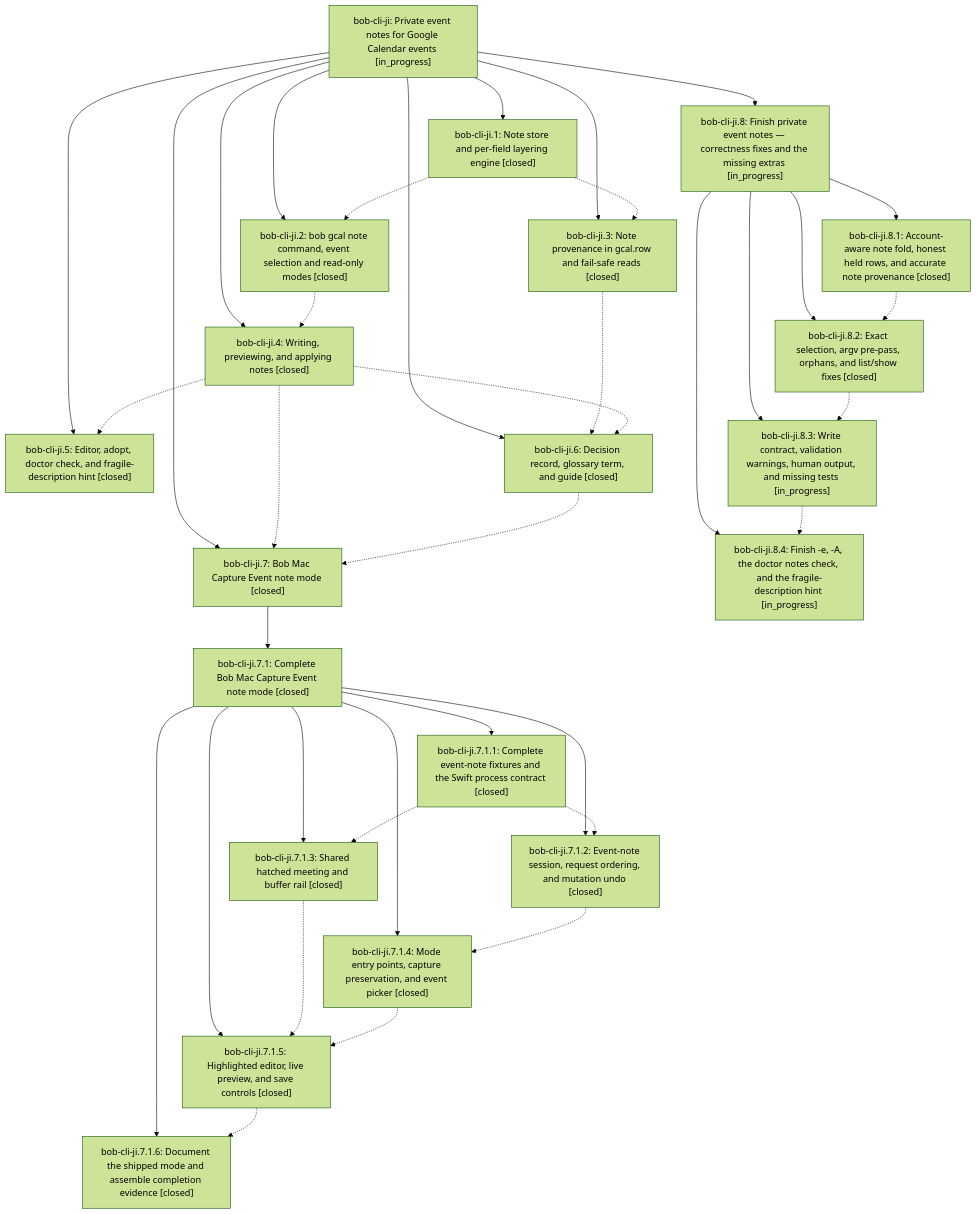
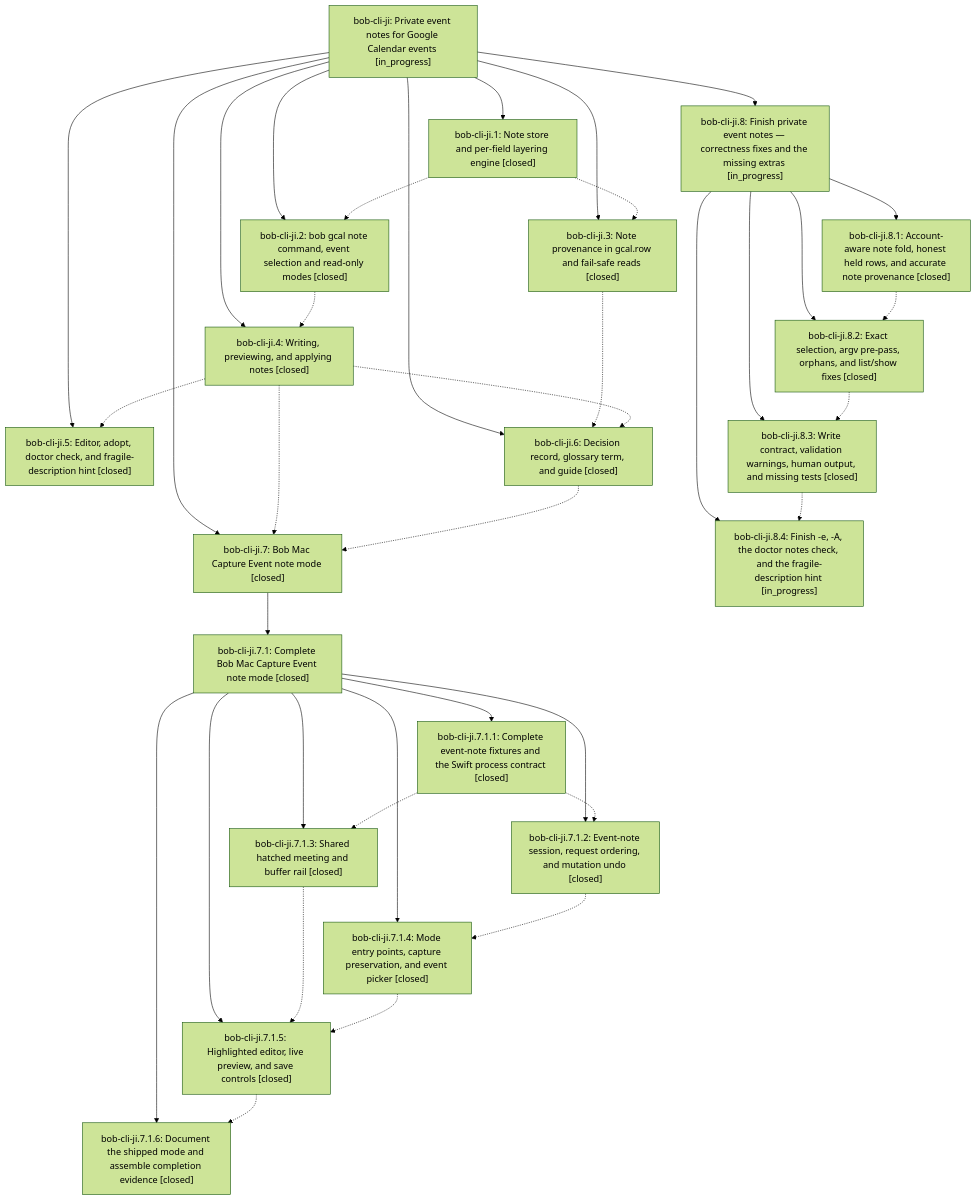
The diagram in pages/bob-cli-ji/README.md (bobs-org/bob-cli--beads), drawn with Mermaid (forest theme) before and after one commit. The commit also changed other lines of this file and 4 other files, not shown here.

First line of the commit message:
chore(beads): sync bead state and pages for bob-cli-ji

````diff
--- a/pages/bob-cli-ji/README.md
+++ b/pages/bob-cli-ji/README.md
@@ -60,59 +60,59 @@
 ```mermaid
 flowchart TD
     n0["bob-cli-ji: Private event notes for Google Calendar events [in_progress]"]
     n1["bob-cli-ji.1: Note store and per-field layering engine [closed]"]
     n2["bob-cli-ji.2: bob gcal note command, event selection and read-only modes [closed]"]
     n3["bob-cli-ji.3: Note provenance in gcal.row and fail-safe reads [closed]"]
     n4["bob-cli-ji.4: Writing, previewing, and applying notes [closed]"]
     n5["bob-cli-ji.5: Editor, adopt, doctor check, and fragile-description hint [closed]"]
     n6["bob-cli-ji.6: Decision record, glossary term, and guide [closed]"]
     n7["bob-cli-ji.7: Bob Mac Capture Event note mode [closed]"]
     n8["bob-cli-ji.7.1: Complete Bob Mac Capture Event note mode [closed]"]
     n9["bob-cli-ji.7.1.1: Complete event-note fixtures and the Swift process contract [closed]"]
     n10["bob-cli-ji.7.1.2: Event-note session, request ordering, and mutation undo [closed]"]
     n11["bob-cli-ji.7.1.3: Shared hatched meeting and buffer rail [closed]"]
     n12["bob-cli-ji.7.1.4: Mode entry points, capture preservation, and event picker [closed]"]
     n13["bob-cli-ji.7.1.5: Highlighted editor, live preview, and save controls [closed]"]
     n14["bob-cli-ji.7.1.6: Document the shipped mode and assemble completion evidence [closed]"]
     n15["bob-cli-ji.8: Finish private event notes — correctness fixes and the missing extras [in_progress]"]
     n16["bob-cli-ji.8.1: Account-aware note fold, honest held rows, and accurate note provenance [closed]"]
     n17["bob-cli-ji.8.2: Exact selection, argv pre-pass, orphans, and list/show fixes [closed]"]
-    n18["bob-cli-ji.8.3: Write contract, validation warnings, human output, and missing tests [in_progress]"]
+    n18["bob-cli-ji.8.3: Write contract, validation warnings, human output, and missing tests [closed]"]
     n19["bob-cli-ji.8.4: Finish -e, -A, the doctor notes check, and the fragile-description hint [in_progress]"]
     n0 --> n1
     n0 --> n2
     n0 --> n3
     n0 --> n4
     n0 --> n5
     n0 --> n6
     n0 --> n7
     n7 --> n8
     n8 --> n9
     n8 --> n10
     n8 --> n11
     n8 --> n12
     n8 --> n13
     n8 --> n14
     n0 --> n15
     n15 --> n16
     n15 --> n17
     n15 --> n18
     n15 --> n19
     n1 -.-> n2
     n1 -.-> n3
     n2 -.-> n4
     n3 -.-> n6
     n4 -.-> n5
     n4 -.-> n6
     n4 -.-> n7
     n6 -.-> n7
     n9 -.-> n10
     n9 -.-> n11
     n10 -.-> n12
     n11 -.-> n13
     n12 -.-> n13
     n13 -.-> n14
     n16 -.-> n17
     n17 -.-> n18
     n18 -.-> n19
 ```
````
